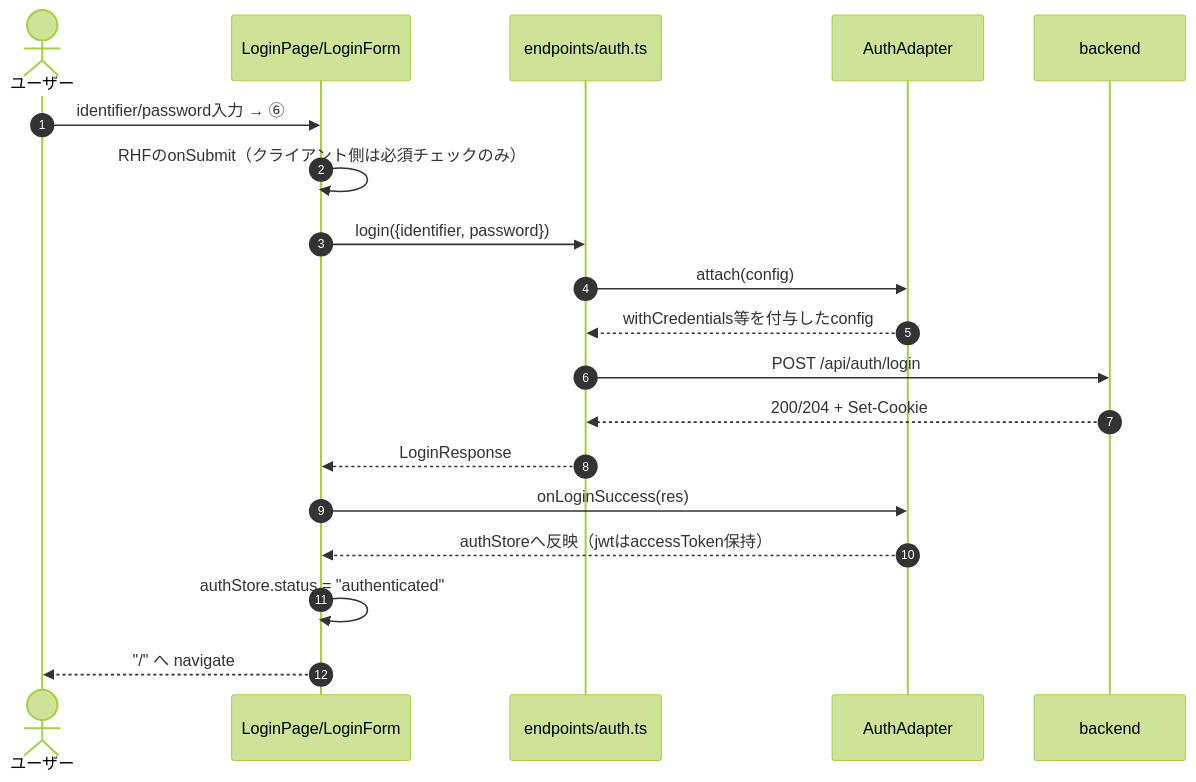
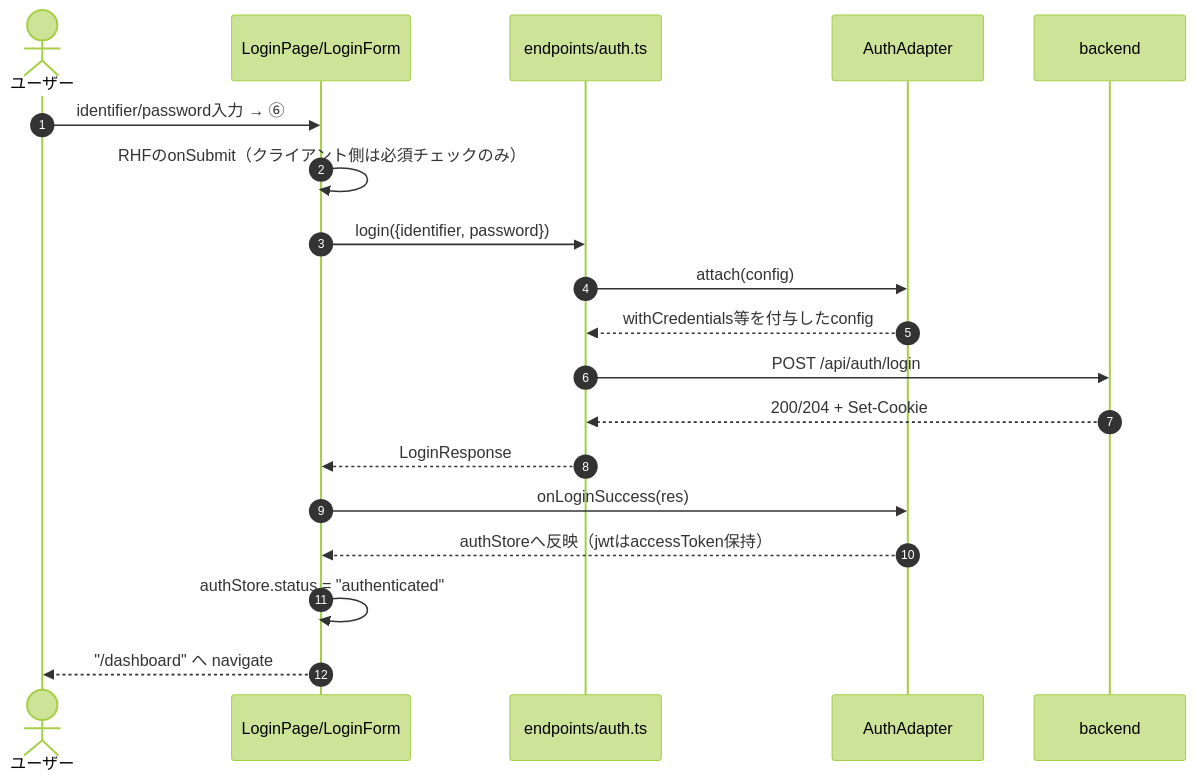
Before and after one commit to oikawa-d/task_management: the second of 6 diagrams in detailed_design/screen/01_login.md, drawn with Mermaid (forest theme). The commit also changed other lines of this file and 14 other files, not shown here.

````diff
--- a/detailed_design/screen/01_login.md
+++ b/detailed_design/screen/01_login.md
@@ -120,22 +120,22 @@
 ```mermaid
 sequenceDiagram
     autonumber
     actor U as ユーザー
     participant LP as LoginPage/LoginForm
     participant EP as endpoints/auth.ts
     participant AD as AuthAdapter
     participant API as backend
 
     U->>LP: identifier/password入力 → ⑥
     LP->>LP: RHFのonSubmit（クライアント側は必須チェックのみ）
     LP->>EP: login({identifier, password})
     EP->>AD: attach(config)
     AD-->>EP: withCredentials等を付与したconfig
     EP->>API: POST /api/auth/login
     API-->>EP: 200/204 + Set-Cookie
     EP-->>LP: LoginResponse
     LP->>AD: onLoginSuccess(res)
     AD-->>LP: authStoreへ反映（jwtはaccessToken保持）
     LP->>LP: authStore.status = "authenticated"
-    LP-->>U: "/" へ navigate
+    LP-->>U: "/dashboard" へ navigate
 ```
````
